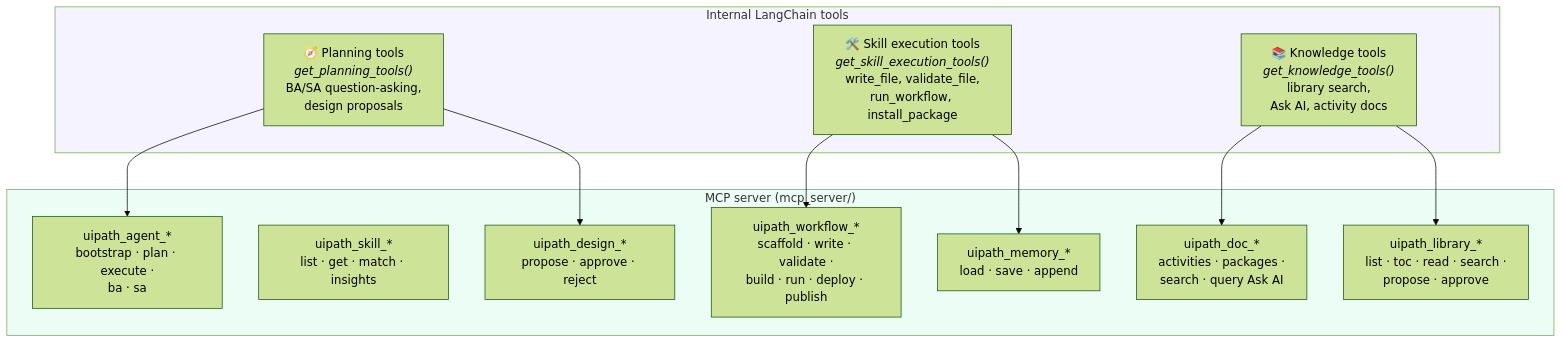
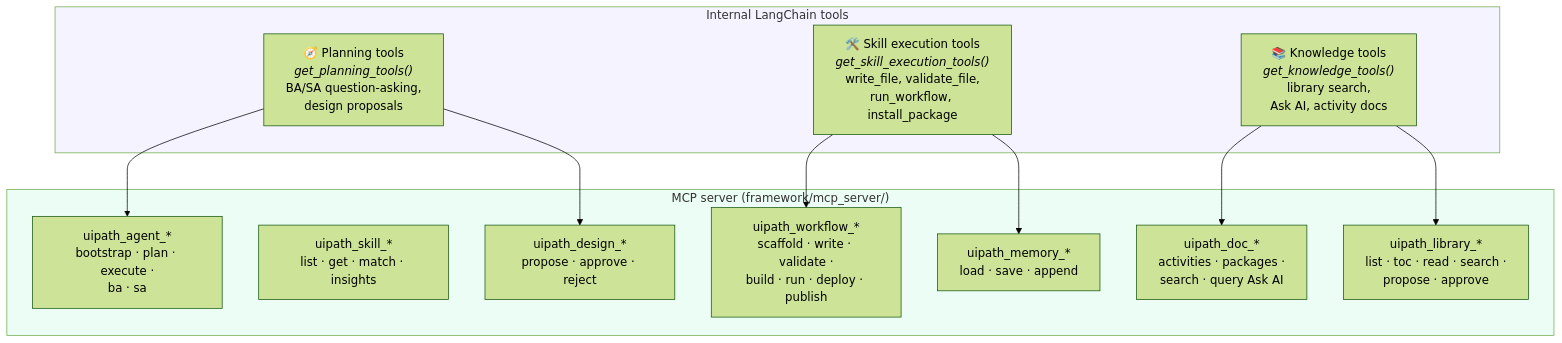
The second of 6 diagrams in docs/HOW_IT_WORKS.md (DanielaRosenn/uiplan-agent-of-agents), drawn with Mermaid (forest theme) before and after one commit. The commit also changed other lines of this file, not shown here.

````diff
--- a/docs/HOW_IT_WORKS.md
+++ b/docs/HOW_IT_WORKS.md
@@ -64,28 +64,28 @@
 ```mermaid
 flowchart TB
     subgraph Internal["Internal LangChain tools"]
         Plan["🧭 Planning tools<br/><i>get_planning_tools()</i><br/>BA/SA question-asking,<br/>design proposals"]
         Exec["🛠️ Skill execution tools<br/><i>get_skill_execution_tools()</i><br/>write_file, validate_file,<br/>run_workflow, install_package"]
         Know["📚 Knowledge tools<br/><i>get_knowledge_tools()</i><br/>library search,<br/>Ask AI, activity docs"]
     end
 
-    subgraph MCP["MCP server (mcp_server/)"]
+    subgraph MCP["MCP server (framework/mcp_server/)"]
         W["uipath_workflow_*<br/>scaffold · write · validate ·<br/>build · run · deploy · publish"]
         S["uipath_skill_*<br/>list · get · match · insights"]
         A["uipath_agent_*<br/>bootstrap · plan · execute ·<br/>ba · sa"]
         D["uipath_doc_*<br/>activities · packages ·<br/>search · query Ask AI"]
         L["uipath_library_*<br/>list · toc · read · search ·<br/>propose · approve"]
         De["uipath_design_*<br/>propose · approve · reject"]
         M["uipath_memory_*<br/>load · save · append"]
     end
 
     Plan --> A
     Plan --> De
     Exec --> W
     Know --> D
     Know --> L
     Exec --> M
 
     style Internal fill:#f5f3ff
     style MCP fill:#ecfdf5
 ```
````
